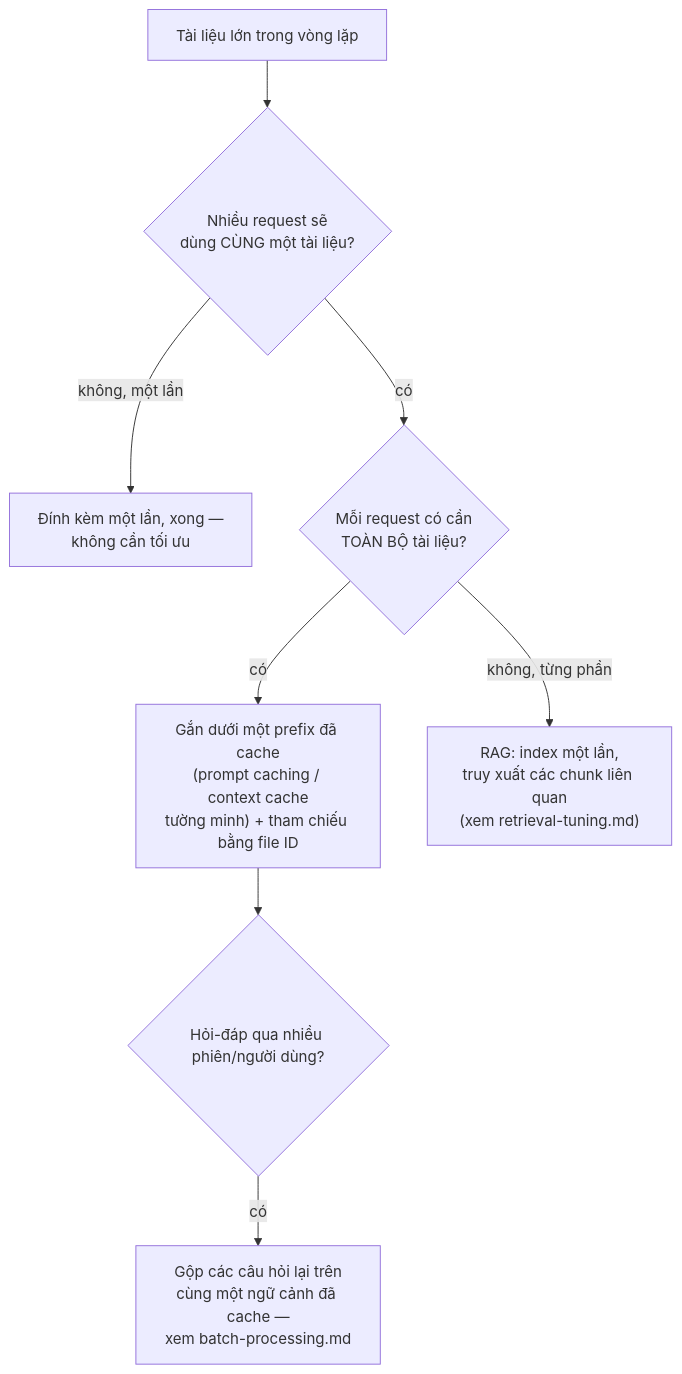
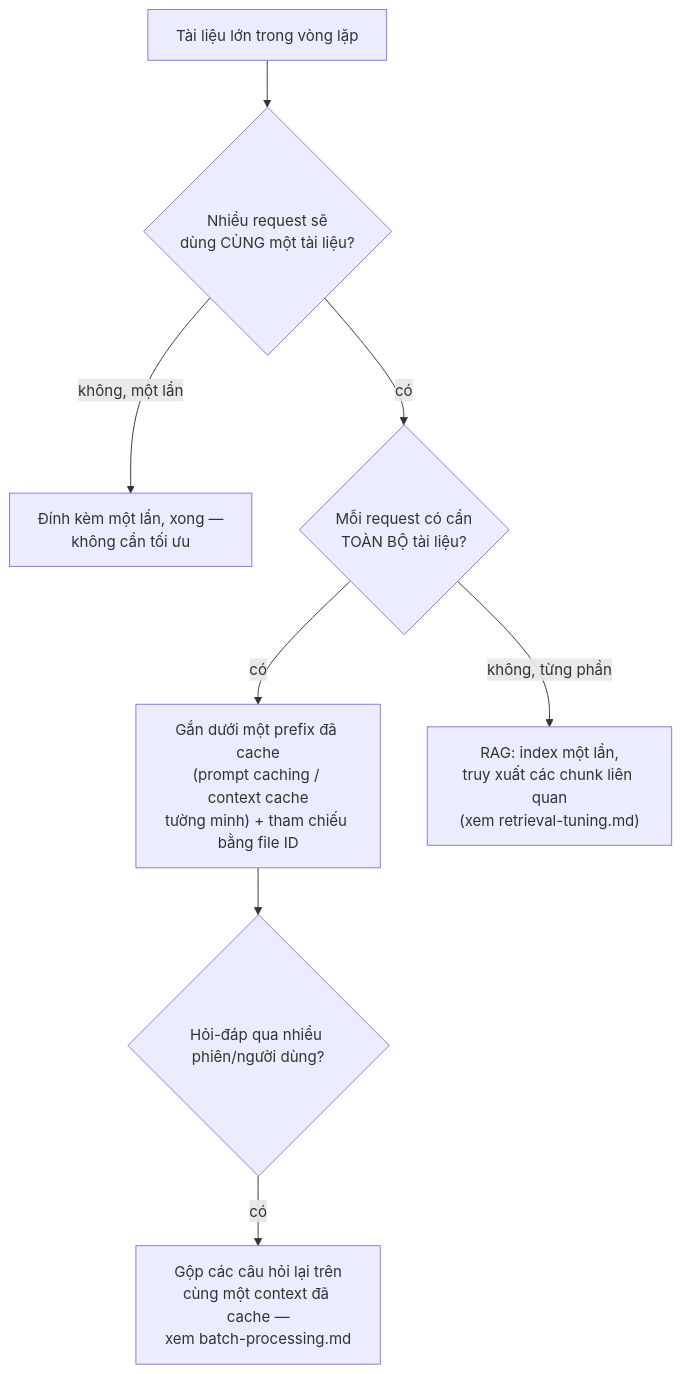
One commit to dungnm02/token-optimizer changed the first of 2 diagrams in solutions/document-reuse.md. Above: the diagram before and after it, drawn with Mermaid. The commit also changed other lines of this file and 25 other files, not shown here.

````diff
--- a/solutions/document-reuse.md
+++ b/solutions/document-reuse.md
@@ -15,10 +15,10 @@
 ```mermaid
 flowchart TD
     A[Tài liệu lớn trong vòng lặp] --> B{Nhiều request sẽ<br/>dùng CÙNG một tài liệu?}
     B -- không, một lần --> C[Đính kèm một lần, xong —<br/>không cần tối ưu]
     B -- có --> D{Mỗi request có cần<br/>TOÀN BỘ tài liệu?}
     D -- có --> E["Gắn dưới một prefix đã cache<br/>(prompt caching / context cache<br/>tường minh) + tham chiếu bằng file ID"]
     D -- không, từng phần --> F["RAG: index một lần,<br/>truy xuất các chunk liên quan<br/>(xem retrieval-tuning.md)"]
     E --> G{Hỏi-đáp qua nhiều phiên/người dùng?}
-    G -- có --> H[Gộp các câu hỏi lại trên<br/>cùng một ngữ cảnh đã cache —<br/>xem batch-processing.md]
+    G -- có --> H[Gộp các câu hỏi lại trên<br/>cùng một context đã cache —<br/>xem batch-processing.md]
 ```
````
